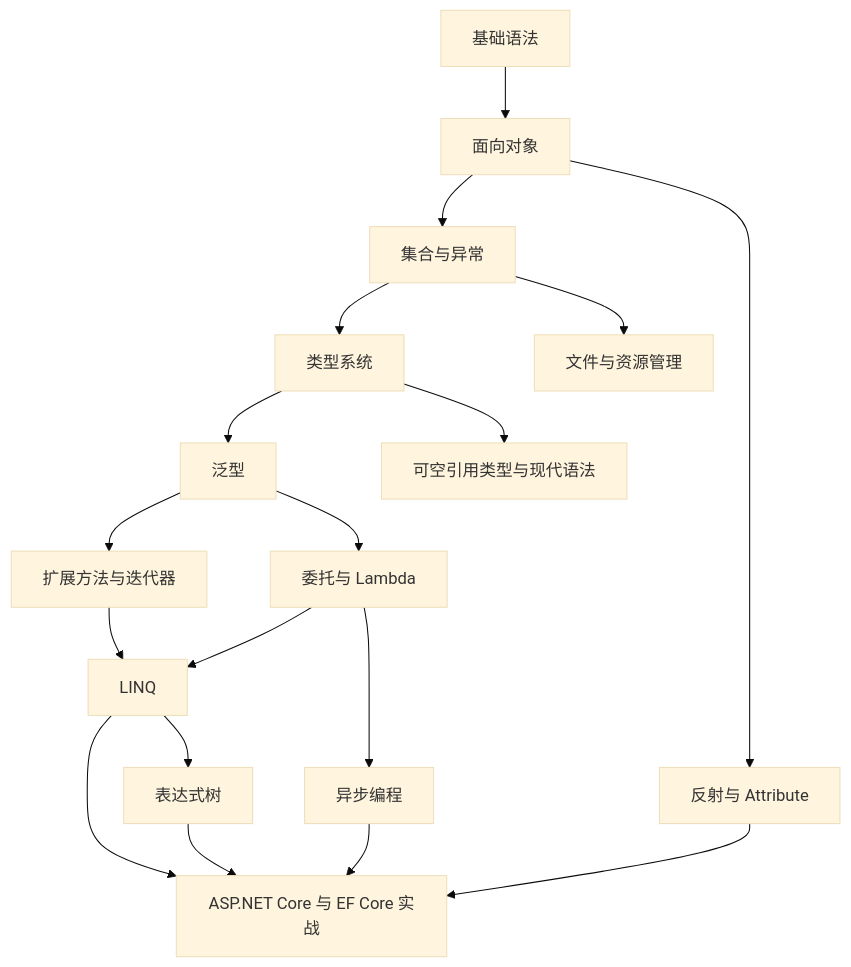
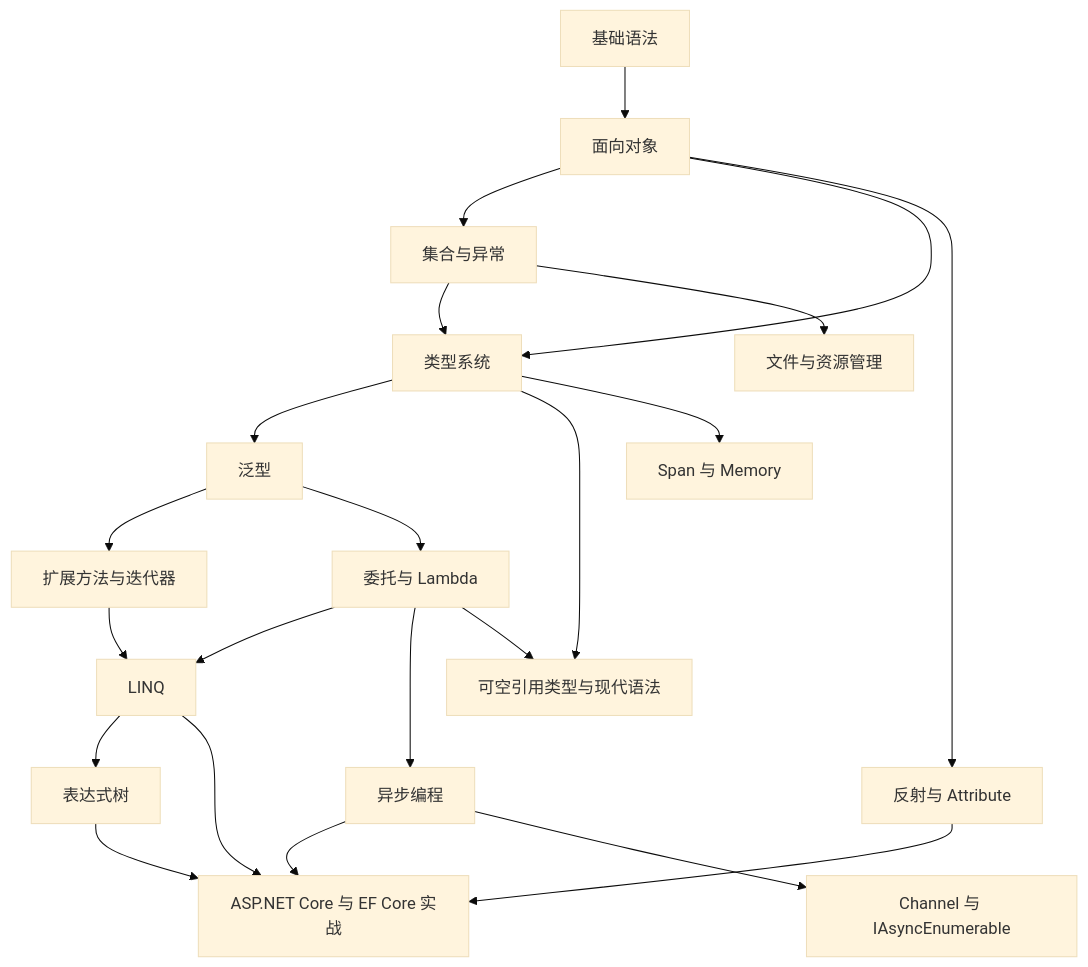
One commit to luxiag/blog changed the diagram in posts/dotnet/csharp-language-roadmap.mdx. Above: the diagram before and after it, drawn with Mermaid (base theme). The commit also changed other lines of this file and 15 other files, not shown here.

````diff
--- a/posts/dotnet/csharp-language-roadmap.mdx
+++ b/posts/dotnet/csharp-language-roadmap.mdx
@@ -141,20 +145,24 @@
 ```mermaid
 graph TD
   A[基础语法] --> B[面向对象]
   B --> C[集合与异常]
-  C --> D[类型系统]
+  B --> D[类型系统]
+  C --> D
   D --> E[泛型]
   E --> F[扩展方法与迭代器]
   E --> G[委托与 Lambda]
   F --> H[LINQ]
   G --> H
   H --> I[表达式树]
   G --> J[异步编程]
   C --> K[文件与资源管理]
   B --> L[反射与 Attribute]
   D --> M[可空引用类型与现代语法]
+  G --> M
   H --> N[ASP.NET Core 与 EF Core 实战]
   I --> N
   J --> N
   L --> N
+  J --> O[Channel 与 IAsyncEnumerable]
+  D --> P[Span 与 Memory]
 ```
````
